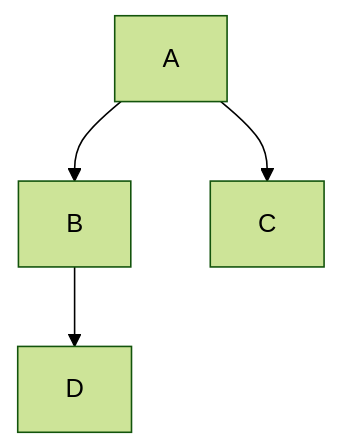
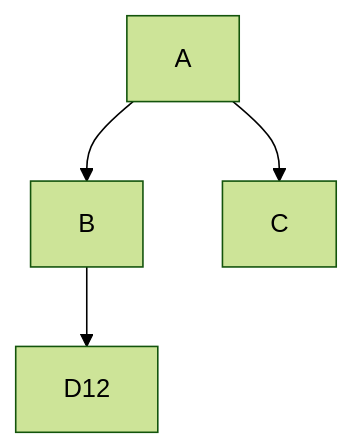
The first of 2 diagrams in README.md (misterkrull/GitWhippingBoy), drawn with Mermaid (forest theme) before and after one commit.

Commit message:
Update README.md 123*main1 2

````diff
--- a/README.md
+++ b/README.md
@@ -1,7 +1,7 @@
 ```mermaid
   graph TB;
       A-->B;
       A-->C;
-      B-->D;
+      B-->D12;
       
 ```
````
